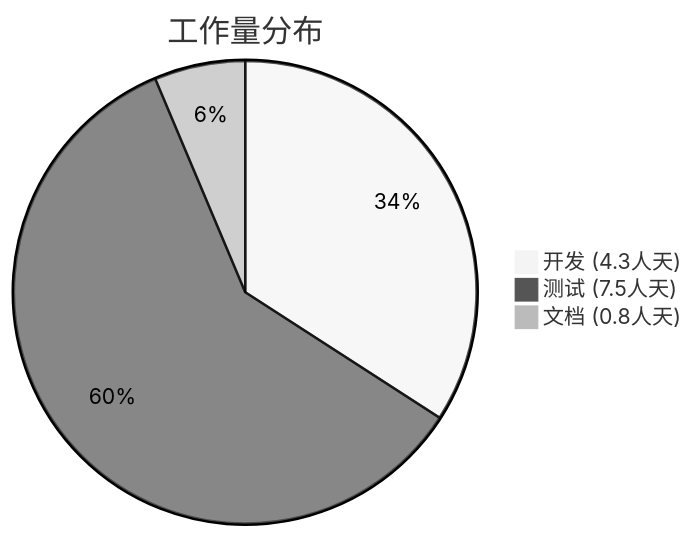
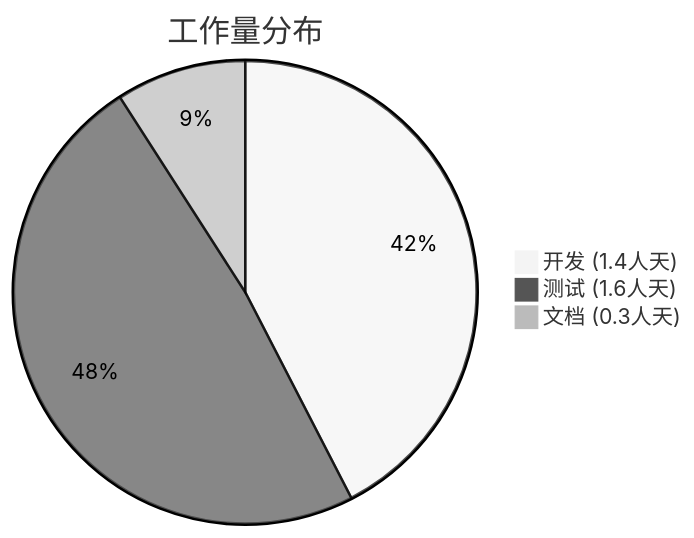
One commit to javadoors/cluster-api-provider-bke changed the seventh of 8 diagrams in code/performance/report/calico-deployment-optimization.md. Above: the diagram before and after it, drawn with Mermaid (neutral theme). The commit also changed other lines of this file, not shown here.

````diff
--- a/code/performance/report/calico-deployment-optimization.md
+++ b/code/performance/report/calico-deployment-optimization.md
@@ -1168,6 +1163,6 @@
 ```mermaid
 pie title 工作量分布
-    "开发 (4.3人天)" : 4.3
-    "测试 (7.5人天)" : 7.5
-    "文档 (0.8人天)" : 0.8
+    "开发 (1.4人天)" : 1.4
+    "测试 (1.6人天)" : 1.6
+    "文档 (0.3人天)" : 0.3
 ```
````
